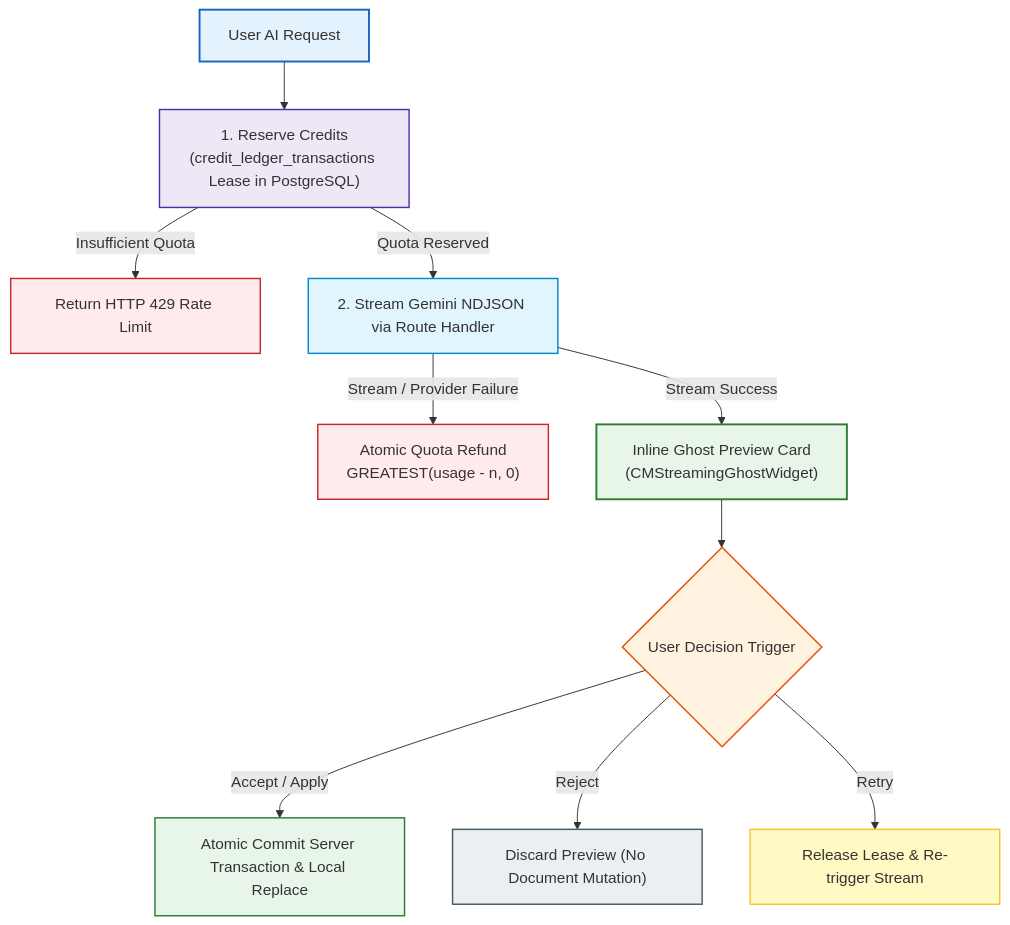
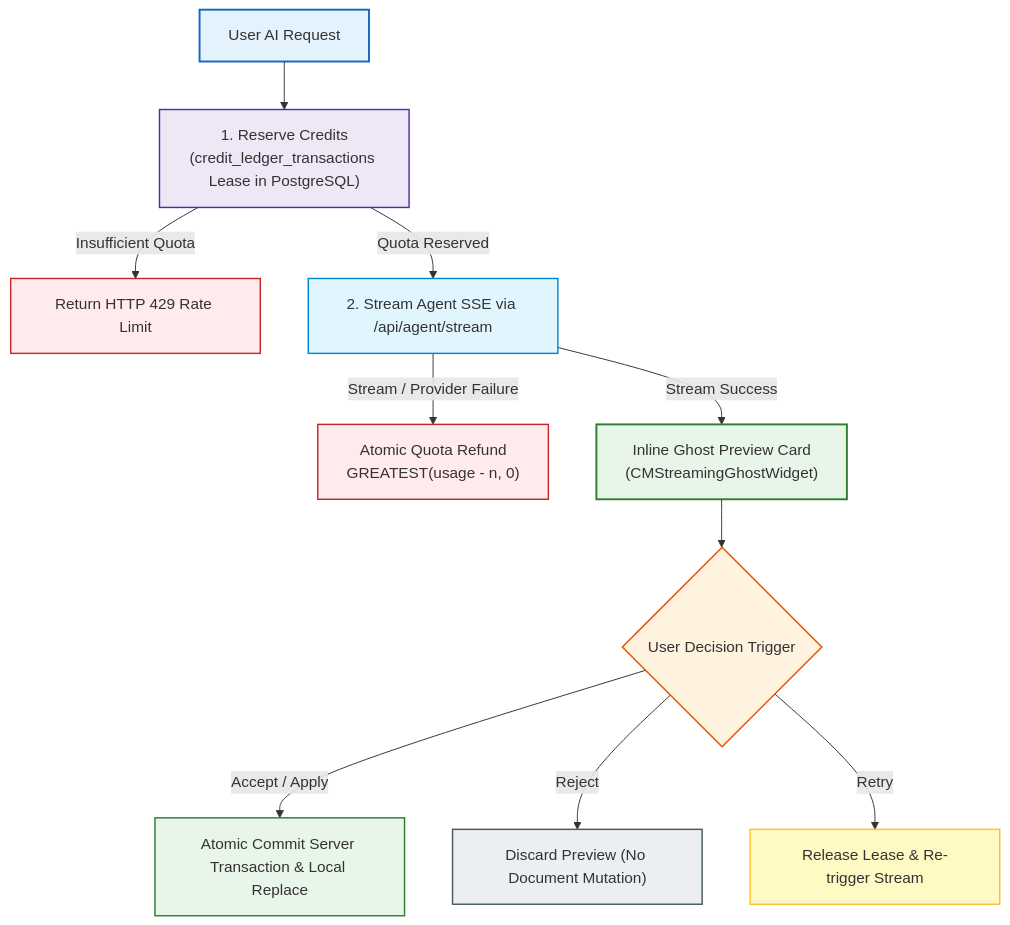
Before and after one commit to Abdullah931-stack/ELIXENT: the second of 10 diagrams in README.md, drawn with Mermaid. The commit also changed other lines of this file and 11 other files, not shown here.

````diff
--- a/README.md
+++ b/README.md
@@ -406,23 +406,23 @@
 ```mermaid
 flowchart TD
     A["User AI Request"] --> B["1. Reserve Credits<br/>(credit_ledger_transactions Lease in PostgreSQL)"]
     B -->|Insufficient Quota| C["Return HTTP 429 Rate Limit"]
-    B -->|Quota Reserved| D["2. Stream Gemini NDJSON via Route Handler"]
+    B -->|Quota Reserved| D["2. Stream Agent SSE via /api/agent/stream"]
     D -->|Stream / Provider Failure| E["Atomic Quota Refund<br/>GREATEST(usage - n, 0)"]
     D -->|Stream Success| F["Inline Ghost Preview Card<br/>(CMStreamingGhostWidget)"]
     F --> G{"User Decision Trigger"}
     G -->|Accept / Apply| H["Atomic Commit Server Transaction & Local Replace"]
     G -->|Reject| I["Discard Preview (No Document Mutation)"]
     G -->|Retry| J["Release Lease & Re-trigger Stream"]
 
     style A fill:#E3F2FD,stroke:#1565C0,stroke-width:2px
     style B fill:#EDE7F6,stroke:#512DA8,stroke-width:1.5px
     style C fill:#FFEBEE,stroke:#C62828,stroke-width:1.5px
     style D fill:#E1F5FE,stroke:#0288D1,stroke-width:1.5px
     style E fill:#FFEBEE,stroke:#C62828,stroke-width:1.5px
     style F fill:#E8F5E9,stroke:#2E7D32,stroke-width:2px
     style G fill:#FFF3E0,stroke:#E65100,stroke-width:1.5px
     style H fill:#E8F5E9,stroke:#2E7D32,stroke-width:1.5px
     style I fill:#ECEFF1,stroke:#455A64,stroke-width:1.5px
     style J fill:#FFF9C4,stroke:#FBC02D,stroke-width:1.5px
 ```
````
